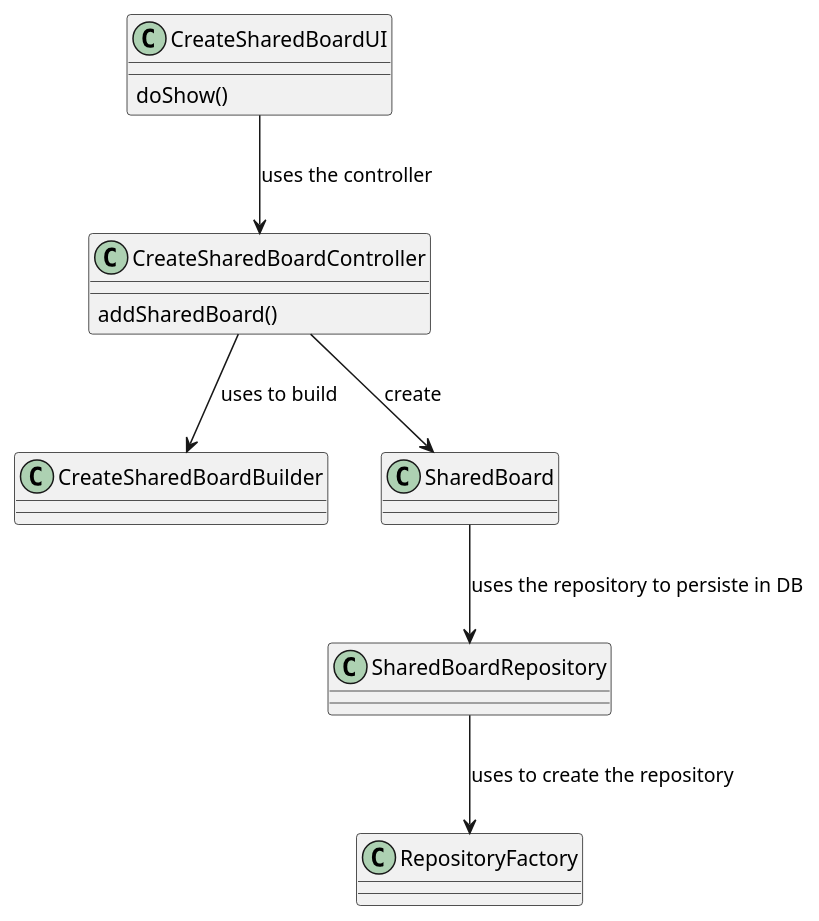
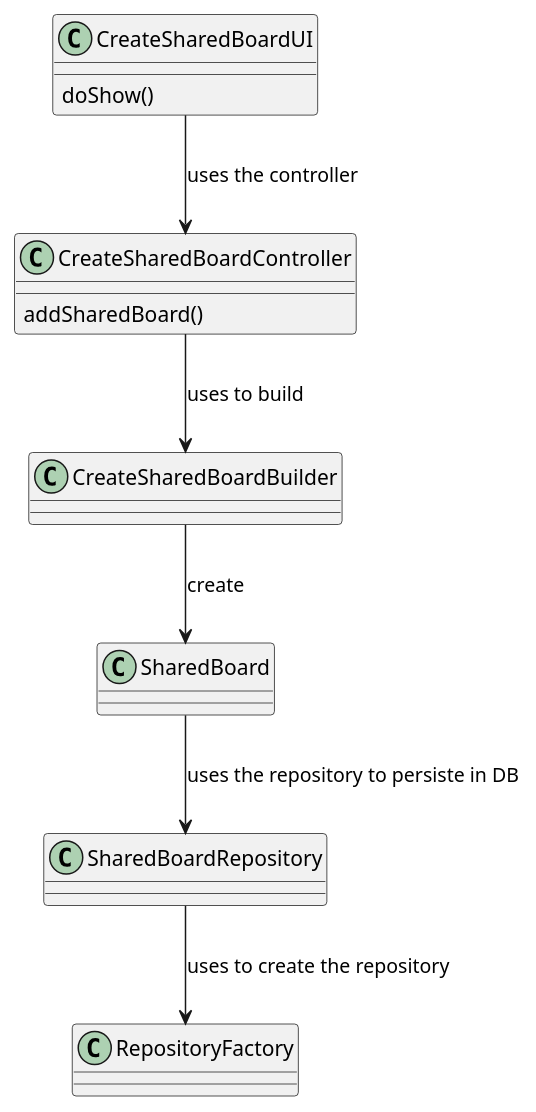
Before and after one commit to mascenso/isep-sem4-lapr4: the diagram in docs/SPRINT B/US3002 - Create a Shared Board/Class_Diagram.puml, drawn with PlantUML. The commit also changed 14 other files, not shown here.

```diff
--- a/docs/SPRINT B/US3002 - Create a Shared Board/Class_Diagram.puml
+++ b/docs/SPRINT B/US3002 - Create a Shared Board/Class_Diagram.puml
@@ -1,31 +1,31 @@
  @startuml
 
 class CreateSharedBoardUI  {
 }
 
 class CreateSharedBoardController {
 }
 
 class CreateSharedBoardBuilder {
 }
 
-class SharedBoardRepository {
+class   SharedBoardRepository {
 }
 
 class SharedBoard {
 }
 
 class RepositoryFactory {
 }
 
 CreateSharedBoardUI : doShow()
 CreateSharedBoardUI -down-> CreateSharedBoardController: uses the controller
 
 CreateSharedBoardController : addSharedBoard()
 CreateSharedBoardController --> CreateSharedBoardBuilder : uses to build
-CreateSharedBoardController --> SharedBoard: create
+CreateSharedBoardBuilder --> SharedBoard: create
 
 SharedBoard --> SharedBoardRepository: uses the repository to persiste in DB
 
 SharedBoardRepository --> RepositoryFactory : uses to create the repository
 @enduml
```
